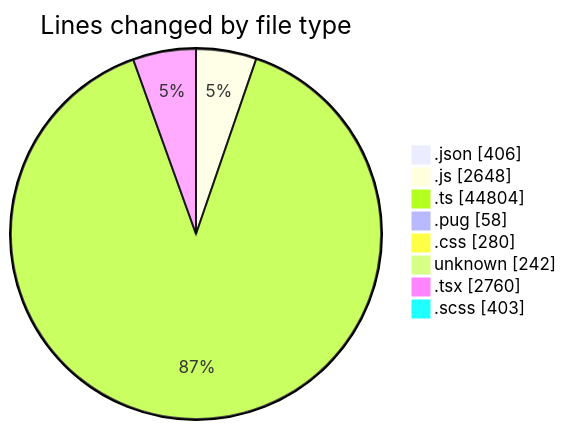
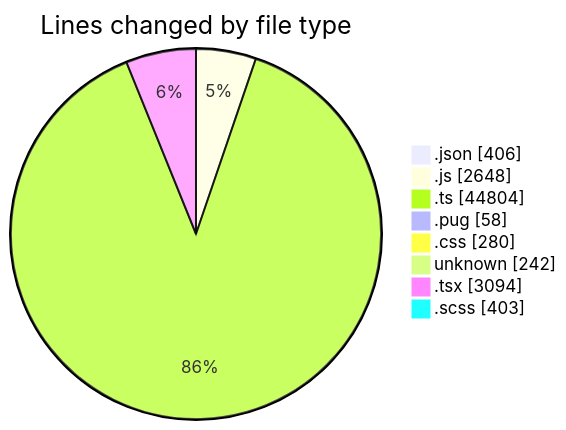
Before and after one commit to momahboobian/code-tracking: the first of 2 diagrams in 2026-06-02/cda/README.md, drawn with Mermaid. The commit also changed other lines of this file and 1 other file, not shown here.

````diff
--- a/2026-06-02/cda/README.md
+++ b/2026-06-02/cda/README.md
@@ -69,12 +69,12 @@
 ```mermaid
 pie showData
 title Lines changed by file type
 ".json" : 406
 ".js" : 2648
 ".ts" : 44804
 ".pug" : 58
 ".css" : 280
 "unknown" : 242
-".tsx" : 2760
+".tsx" : 3094
 ".scss" : 403
 ```
````
